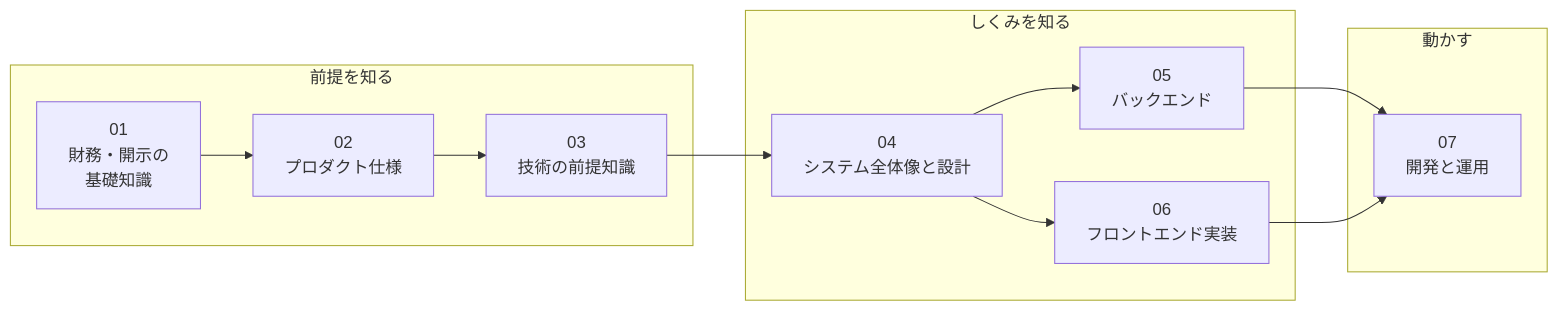
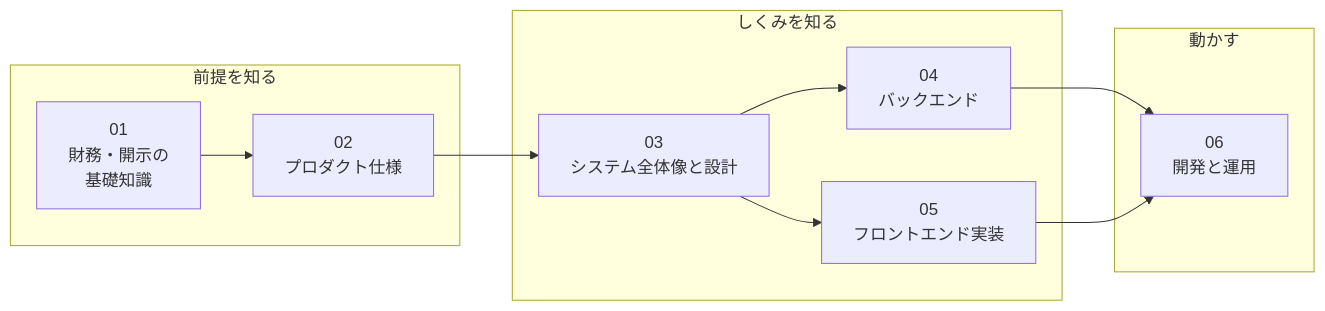
One commit to shin4488/financial-statement changed the diagram in docs/guide/README.md. Above: the diagram before and after it, drawn with Mermaid. The commit also changed other lines of this file and 13 other files, not shown here.

````diff
--- a/docs/guide/README.md
+++ b/docs/guide/README.md
@@ -7,17 +7,16 @@
 ```mermaid
 flowchart LR
     subgraph P["前提を知る"]
         A["01<br>財務・開示の<br>基礎知識"] --> B["02<br>プロダクト仕様"]
-        B --> C["03<br>技術の前提知識"]
     end
     subgraph S["しくみを知る"]
-        D["04<br>システム全体像と設計"] --> E["05<br>バックエンド"]
-        D --> F["06<br>フロントエンド実装"]
+        D["03<br>システム全体像と設計"] --> E["04<br>バックエンド"]
+        D --> F["05<br>フロントエンド実装"]
     end
     subgraph U["動かす"]
-        G["07<br>開発と運用"]
+        G["06<br>開発と運用"]
     end
-    C --> D
+    B --> D
     E --> G
     F --> G
 ```
````
